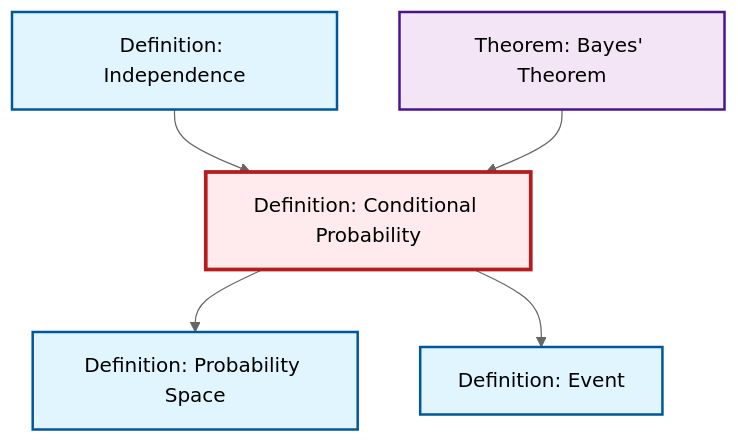
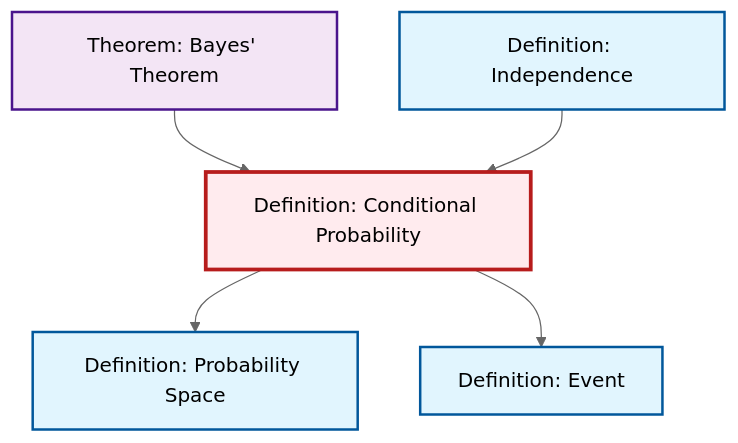
Before and after one commit to RK0429/ModernMath: the diagram in content/ja/probability-statistics/def-conditional-probability.qmd, drawn with Mermaid (neutral theme). The commit also changed other lines of this file and 497 other files, not shown here.

````diff
--- a/content/ja/probability-statistics/def-conditional-probability.qmd
+++ b/content/ja/probability-statistics/def-conditional-probability.qmd
@@ -70,23 +70,23 @@
 ```{mermaid}
 %%| fig-cap: "Local dependency graph"
 graph TD
     classDef definition fill:#e1f5fe,stroke:#01579b,stroke-width:2px
     classDef theorem fill:#f3e5f5,stroke:#4a148c,stroke-width:2px
     classDef axiom fill:#fff3e0,stroke:#e65100,stroke-width:2px
     classDef example fill:#e8f5e9,stroke:#1b5e20,stroke-width:2px
     classDef current fill:#ffebee,stroke:#b71c1c,stroke-width:3px
-    thm-bayes["Theorem: Bayes' Theorem"]:::theorem
     def-conditional-probability["Definition: Conditional Probability"]:::definition
     def-event["Definition: Event"]:::definition
+    thm-bayes["Theorem: Bayes' Theorem"]:::theorem
+    def-independence["Definition: Independence"]:::definition
     def-probability-space["Definition: Probability Space"]:::definition
-    def-independence["Definition: Independence"]:::definition
+    thm-bayes --> def-conditional-probability
     def-conditional-probability --> def-probability-space
+    def-conditional-probability --> def-event
     def-independence --> def-conditional-probability
-    def-conditional-probability --> def-event
-    thm-bayes --> def-conditional-probability
     class def-conditional-probability current
+    click def-event "def-event.html" "Definition: Eventへ"
     click thm-bayes "thm-bayes.html" "Theorem: Bayes' Theoremへ"
-    click def-event "def-event.html" "Definition: Eventへ"
+    click def-independence "def-independence.html" "Definition: Independenceへ"
     click def-probability-space "def-probability-space.html" "Definition: Probability Spaceへ"
-    click def-independence "def-independence.html" "Definition: Independenceへ"
 ```
````
